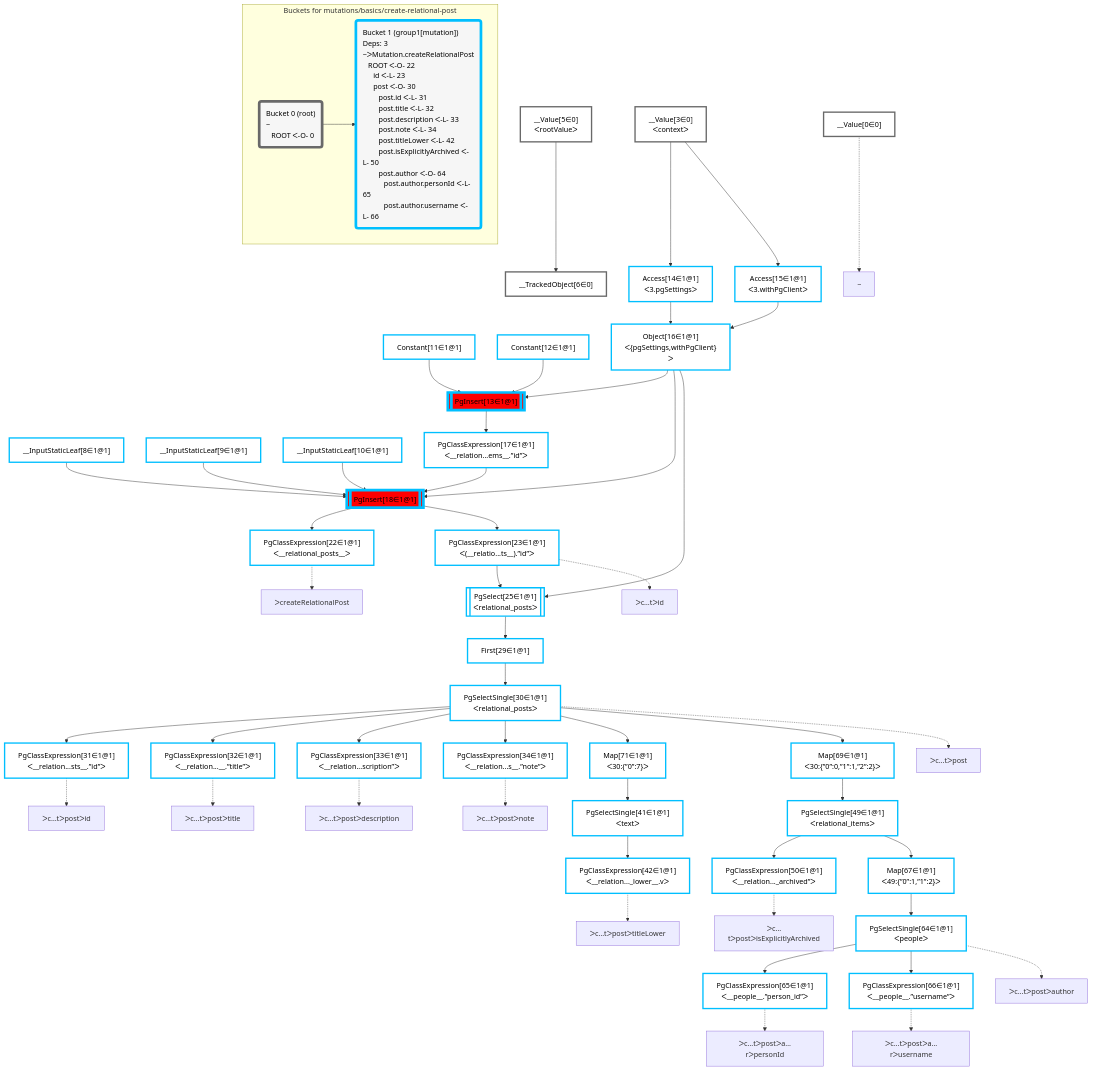
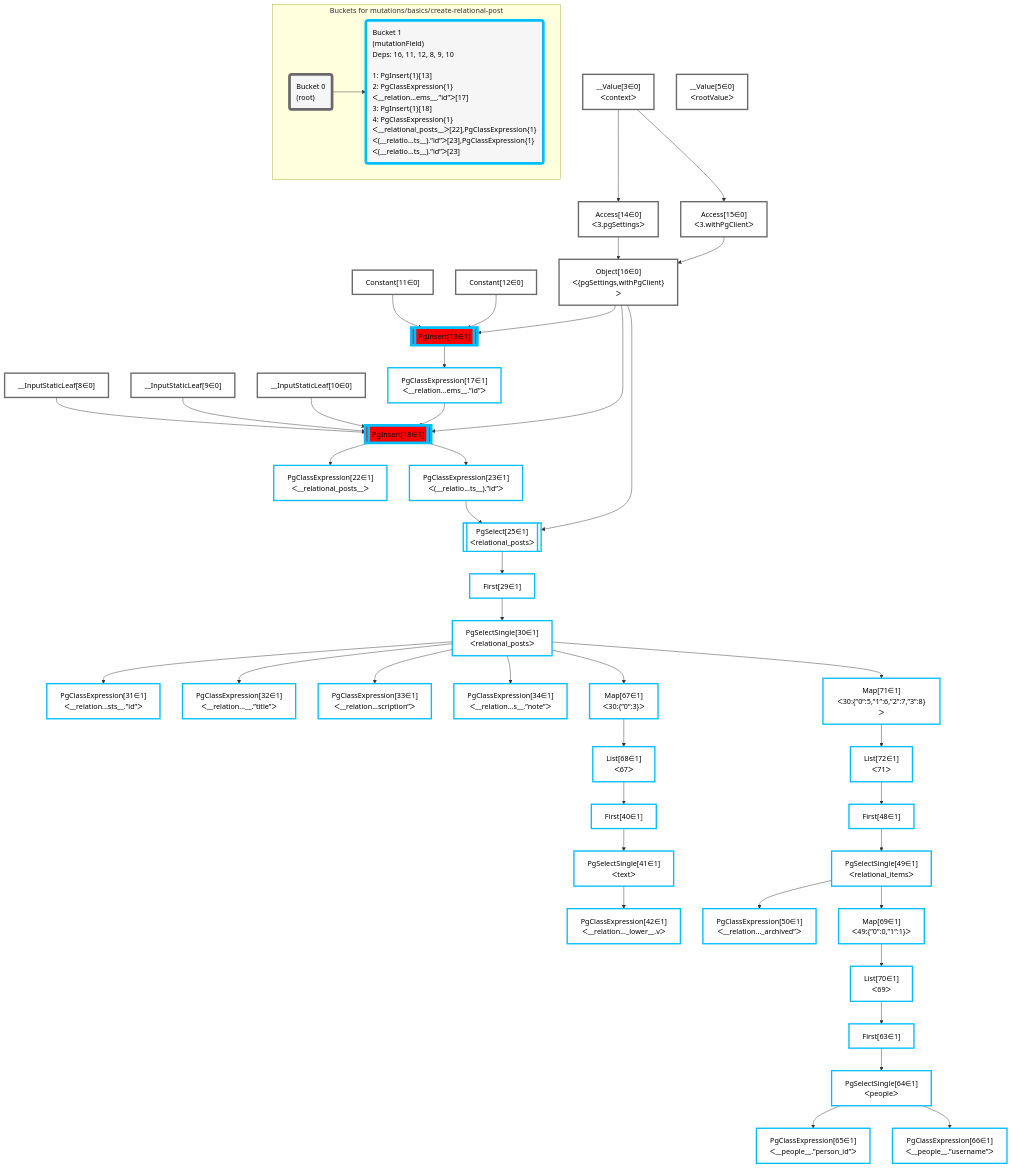
One commit to graphile/crystal changed the diagram in packages/dataplan-pg/__tests__/mutations/basics/create-relational-post.mermaid. Above: the diagram before and after it, drawn with Mermaid. The commit also changed 9 other files, not shown here.

Commit message:
Update mermaid snapshots

```diff
--- a/packages/dataplan-pg/__tests__/mutations/basics/create-relational-post.mermaid
+++ b/packages/dataplan-pg/__tests__/mutations/basics/create-relational-post.mermaid
@@ -1,109 +1,92 @@
 graph TD
     classDef path fill:#eee,stroke:#000,color:#000
     classDef plan fill:#fff,stroke-width:3px,color:#000
     classDef itemplan fill:#fff,stroke-width:6px,color:#000
     classDef sideeffectplan fill:#f00,stroke-width:6px,color:#000
     classDef bucket fill:#f6f6f6,color:#000,stroke-width:6px,text-align:left
 
 
-    %% define plans
-    __Value0["__Value[0∈0]"]:::plan
+    %% define steps
     __Value3["__Value[3∈0]<br />ᐸcontextᐳ"]:::plan
     __Value5["__Value[5∈0]<br />ᐸrootValueᐳ"]:::plan
-    __TrackedObject6["__TrackedObject[6∈0]"]:::plan
-    __InputStaticLeaf8["__InputStaticLeaf[8∈1@1]"]:::plan
-    __InputStaticLeaf9["__InputStaticLeaf[9∈1@1]"]:::plan
-    __InputStaticLeaf10["__InputStaticLeaf[10∈1@1]"]:::plan
-    Constant11["Constant[11∈1@1]"]:::plan
-    Constant12["Constant[12∈1@1]"]:::plan
-    Access14["Access[14∈1@1]<br />ᐸ3.pgSettingsᐳ"]:::plan
-    Access15["Access[15∈1@1]<br />ᐸ3.withPgClientᐳ"]:::plan
-    Object16["Object[16∈1@1]<br />ᐸ{pgSettings,withPgClient}ᐳ"]:::plan
-    PgInsert13[["PgInsert[13∈1@1]"]]:::sideeffectplan
-    PgClassExpression17["PgClassExpression[17∈1@1]<br />ᐸ__relation...ems__.”id”ᐳ"]:::plan
-    PgInsert18[["PgInsert[18∈1@1]"]]:::sideeffectplan
-    PgClassExpression22["PgClassExpression[22∈1@1]<br />ᐸ__relational_posts__ᐳ"]:::plan
-    PgClassExpression23["PgClassExpression[23∈1@1]<br />ᐸ(__relatio...ts__).”id”ᐳ"]:::plan
-    PgSelect25[["PgSelect[25∈1@1]<br />ᐸrelational_postsᐳ"]]:::plan
-    First29["First[29∈1@1]"]:::plan
-    PgSelectSingle30["PgSelectSingle[30∈1@1]<br />ᐸrelational_postsᐳ"]:::plan
-    PgClassExpression31["PgClassExpression[31∈1@1]<br />ᐸ__relation...sts__.”id”ᐳ"]:::plan
-    PgClassExpression32["PgClassExpression[32∈1@1]<br />ᐸ__relation...__.”title”ᐳ"]:::plan
-    PgClassExpression33["PgClassExpression[33∈1@1]<br />ᐸ__relation...scription”ᐳ"]:::plan
-    PgClassExpression34["PgClassExpression[34∈1@1]<br />ᐸ__relation...s__.”note”ᐳ"]:::plan
-    Map71["Map[71∈1@1]<br />ᐸ30:{”0”:7}ᐳ"]:::plan
-    PgSelectSingle41["PgSelectSingle[41∈1@1]<br />ᐸtextᐳ"]:::plan
-    PgClassExpression42["PgClassExpression[42∈1@1]<br />ᐸ__relation..._lower__.vᐳ"]:::plan
-    Map69["Map[69∈1@1]<br />ᐸ30:{”0”:0,”1”:1,”2”:2}ᐳ"]:::plan
-    PgSelectSingle49["PgSelectSingle[49∈1@1]<br />ᐸrelational_itemsᐳ"]:::plan
-    PgClassExpression50["PgClassExpression[50∈1@1]<br />ᐸ__relation..._archived”ᐳ"]:::plan
-    Map67["Map[67∈1@1]<br />ᐸ49:{”0”:1,”1”:2}ᐳ"]:::plan
-    PgSelectSingle64["PgSelectSingle[64∈1@1]<br />ᐸpeopleᐳ"]:::plan
-    PgClassExpression65["PgClassExpression[65∈1@1]<br />ᐸ__people__.”person_id”ᐳ"]:::plan
-    PgClassExpression66["PgClassExpression[66∈1@1]<br />ᐸ__people__.”username”ᐳ"]:::plan
+    __InputStaticLeaf8["__InputStaticLeaf[8∈0]"]:::plan
+    __InputStaticLeaf9["__InputStaticLeaf[9∈0]"]:::plan
+    __InputStaticLeaf10["__InputStaticLeaf[10∈0]"]:::plan
+    Constant11["Constant[11∈0]"]:::plan
+    Constant12["Constant[12∈0]"]:::plan
+    Access14["Access[14∈0]<br />ᐸ3.pgSettingsᐳ"]:::plan
+    Access15["Access[15∈0]<br />ᐸ3.withPgClientᐳ"]:::plan
+    Object16["Object[16∈0]<br />ᐸ{pgSettings,withPgClient}ᐳ"]:::plan
+    PgInsert13[["PgInsert[13∈1]"]]:::sideeffectplan
+    PgClassExpression17["PgClassExpression[17∈1]<br />ᐸ__relation...ems__.”id”ᐳ"]:::plan
+    PgInsert18[["PgInsert[18∈1]"]]:::sideeffectplan
+    PgClassExpression22["PgClassExpression[22∈1]<br />ᐸ__relational_posts__ᐳ"]:::plan
+    PgClassExpression23["PgClassExpression[23∈1]<br />ᐸ(__relatio...ts__).”id”ᐳ"]:::plan
+    PgSelect25[["PgSelect[25∈1]<br />ᐸrelational_postsᐳ"]]:::plan
+    First29["First[29∈1]"]:::plan
+    PgSelectSingle30["PgSelectSingle[30∈1]<br />ᐸrelational_postsᐳ"]:::plan
+    PgClassExpression31["PgClassExpression[31∈1]<br />ᐸ__relation...sts__.”id”ᐳ"]:::plan
+    PgClassExpression32["PgClassExpression[32∈1]<br />ᐸ__relation...__.”title”ᐳ"]:::plan
+    PgClassExpression33["PgClassExpression[33∈1]<br />ᐸ__relation...scription”ᐳ"]:::plan
+    PgClassExpression34["PgClassExpression[34∈1]<br />ᐸ__relation...s__.”note”ᐳ"]:::plan
+    Map67["Map[67∈1]<br />ᐸ30:{”0”:3}ᐳ"]:::plan
+    List68["List[68∈1]<br />ᐸ67ᐳ"]:::plan
+    First40["First[40∈1]"]:::plan
+    PgSelectSingle41["PgSelectSingle[41∈1]<br />ᐸtextᐳ"]:::plan
+    PgClassExpression42["PgClassExpression[42∈1]<br />ᐸ__relation..._lower__.vᐳ"]:::plan
+    Map71["Map[71∈1]<br />ᐸ30:{”0”:5,”1”:6,”2”:7,”3”:8}ᐳ"]:::plan
+    List72["List[72∈1]<br />ᐸ71ᐳ"]:::plan
+    First48["First[48∈1]"]:::plan
+    PgSelectSingle49["PgSelectSingle[49∈1]<br />ᐸrelational_itemsᐳ"]:::plan
+    PgClassExpression50["PgClassExpression[50∈1]<br />ᐸ__relation..._archived”ᐳ"]:::plan
+    Map69["Map[69∈1]<br />ᐸ49:{”0”:0,”1”:1}ᐳ"]:::plan
+    List70["List[70∈1]<br />ᐸ69ᐳ"]:::plan
+    First63["First[63∈1]"]:::plan
+    PgSelectSingle64["PgSelectSingle[64∈1]<br />ᐸpeopleᐳ"]:::plan
+    PgClassExpression65["PgClassExpression[65∈1]<br />ᐸ__people__.”person_id”ᐳ"]:::plan
+    PgClassExpression66["PgClassExpression[66∈1]<br />ᐸ__people__.”username”ᐳ"]:::plan
 
     %% plan dependencies
-    __Value5 --> __TrackedObject6
     __Value3 --> Access14
     __Value3 --> Access15
     Access14 & Access15 --> Object16
     Object16 & Constant11 & Constant12 --> PgInsert13
     PgInsert13 --> PgClassExpression17
     Object16 & PgClassExpression17 & __InputStaticLeaf8 & __InputStaticLeaf9 & __InputStaticLeaf10 --> PgInsert18
     PgInsert18 --> PgClassExpression22
     PgInsert18 --> PgClassExpression23
     Object16 & PgClassExpression23 --> PgSelect25
     PgSelect25 --> First29
     First29 --> PgSelectSingle30
     PgSelectSingle30 --> PgClassExpression31
     PgSelectSingle30 --> PgClassExpression32
     PgSelectSingle30 --> PgClassExpression33
     PgSelectSingle30 --> PgClassExpression34
+    PgSelectSingle30 --> Map67
+    Map67 --> List68
+    List68 --> First40
+    First40 --> PgSelectSingle41
+    PgSelectSingle41 --> PgClassExpression42
     PgSelectSingle30 --> Map71
-    Map71 --> PgSelectSingle41
-    PgSelectSingle41 --> PgClassExpression42
-    PgSelectSingle30 --> Map69
-    Map69 --> PgSelectSingle49
+    Map71 --> List72
+    List72 --> First48
+    First48 --> PgSelectSingle49
     PgSelectSingle49 --> PgClassExpression50
-    PgSelectSingle49 --> Map67
-    Map67 --> PgSelectSingle64
+    PgSelectSingle49 --> Map69
+    Map69 --> List70
+    List70 --> First63
+    First63 --> PgSelectSingle64
     PgSelectSingle64 --> PgClassExpression65
     PgSelectSingle64 --> PgClassExpression66
 
     %% plan-to-path relationships
-    P0["~"]
-    __Value0 -.-> P0
-    P22["ᐳcreateRelationalPost"]
-    PgClassExpression22 -.-> P22
-    P23["ᐳc…tᐳid"]
-    PgClassExpression23 -.-> P23
-    P30["ᐳc…tᐳpost"]
-    PgSelectSingle30 -.-> P30
-    P31["ᐳc…tᐳpostᐳid"]
-    PgClassExpression31 -.-> P31
-    P32["ᐳc…tᐳpostᐳtitle"]
-    PgClassExpression32 -.-> P32
-    P33["ᐳc…tᐳpostᐳdescription"]
-    PgClassExpression33 -.-> P33
-    P34["ᐳc…tᐳpostᐳnote"]
-    PgClassExpression34 -.-> P34
-    P42["ᐳc…tᐳpostᐳtitleLower"]
-    PgClassExpression42 -.-> P42
-    P50["ᐳc…tᐳpostᐳisExplicitlyArchived"]
-    PgClassExpression50 -.-> P50
-    P64["ᐳc…tᐳpostᐳauthor"]
-    PgSelectSingle64 -.-> P64
-    P65["ᐳc…tᐳpostᐳa…rᐳpersonId"]
-    PgClassExpression65 -.-> P65
-    P66["ᐳc…tᐳpostᐳa…rᐳusername"]
-    PgClassExpression66 -.-> P66
 
     subgraph "Buckets for mutations/basics/create-relational-post"
-    Bucket0("Bucket 0 (root)<br />~<br />⠀ROOT ᐸ-O- 0"):::bucket
+    Bucket0("Bucket 0<br />(root)"):::bucket
     classDef bucket0 stroke:#696969
-    class Bucket0,__Value0,__Value3,__Value5,__TrackedObject6 bucket0
-    Bucket1("Bucket 1 (group1[mutation])<br />Deps: 3<br />~ᐳMutation.createRelationalPost<br />⠀ROOT ᐸ-O- 22<br />⠀⠀id ᐸ-L- 23<br />⠀⠀post ᐸ-O- 30<br />⠀⠀⠀post.id ᐸ-L- 31<br />⠀⠀⠀post.title ᐸ-L- 32<br />⠀⠀⠀post.description ᐸ-L- 33<br />⠀⠀⠀post.note ᐸ-L- 34<br />⠀⠀⠀post.titleLower ᐸ-L- 42<br />⠀⠀⠀post.isExplicitlyArchived ᐸ-L- 50<br />⠀⠀⠀post.author ᐸ-O- 64<br />⠀⠀⠀⠀post.author.personId ᐸ-L- 65<br />⠀⠀⠀⠀post.author.username ᐸ-L- 66"):::bucket
+    class Bucket0,__Value3,__Value5,__InputStaticLeaf8,__InputStaticLeaf9,__InputStaticLeaf10,Constant11,Constant12,Access14,Access15,Object16 bucket0
+    Bucket1("Bucket 1<br />(mutationField)<br />Deps: 16, 11, 12, 8, 9, 10<br /><br />1: PgInsert{1}[13]<br />2: PgClassExpression{1}ᐸ__relation...ems__.”id”ᐳ[17]<br />3: PgInsert{1}[18]<br />4: PgClassExpression{1}ᐸ__relational_posts__ᐳ[22],PgClassExpression{1}ᐸ(__relatio...ts__).”id”ᐳ[23],PgClassExpression{1}ᐸ(__relatio...ts__).”id”ᐳ[23]"):::bucket
     classDef bucket1 stroke:#00bfff
-    class Bucket1,__InputStaticLeaf8,__InputStaticLeaf9,__InputStaticLeaf10,Constant11,Constant12,PgInsert13,Access14,Access15,Object16,PgClassExpression17,PgInsert18,PgClassExpression22,PgClassExpression23,PgSelect25,First29,PgSelectSingle30,PgClassExpression31,PgClassExpression32,PgClassExpression33,PgClassExpression34,PgSelectSingle41,PgClassExpression42,PgSelectSingle49,PgClassExpression50,PgSelectSingle64,PgClassExpression65,PgClassExpression66,Map67,Map69,Map71 bucket1
+    class Bucket1,PgInsert13,PgClassExpression17,PgInsert18,PgClassExpression22,PgClassExpression23,PgSelect25,First29,PgSelectSingle30,PgClassExpression31,PgClassExpression32,PgClassExpression33,PgClassExpression34,First40,PgSelectSingle41,PgClassExpression42,First48,PgSelectSingle49,PgClassExpression50,First63,PgSelectSingle64,PgClassExpression65,PgClassExpression66,Map67,List68,Map69,List70,Map71,List72 bucket1
     Bucket0 --> Bucket1
     end
```
